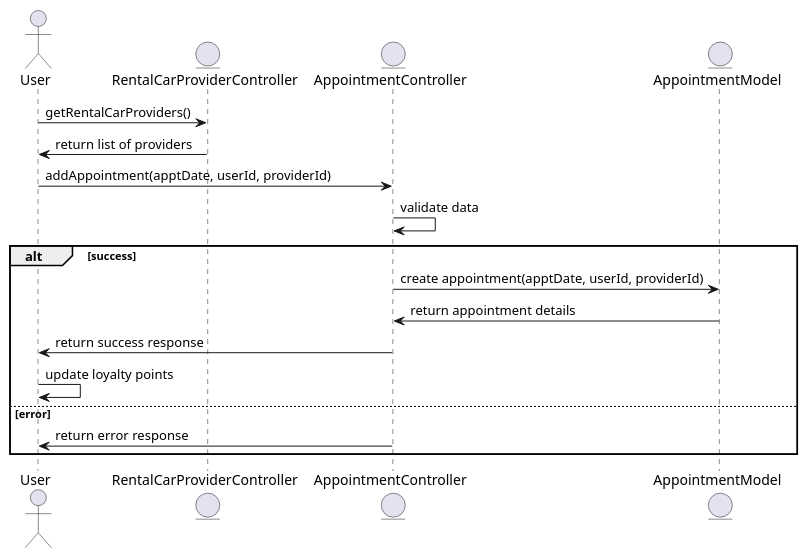
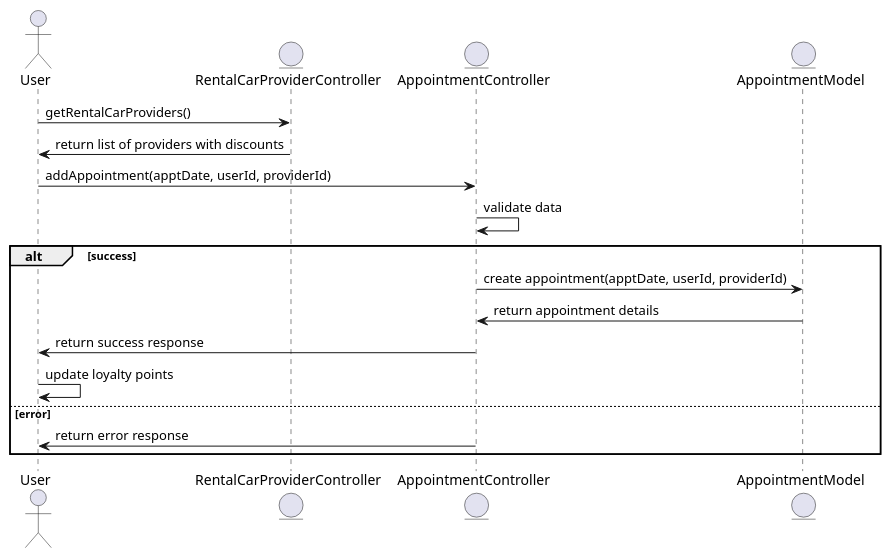
The diagram in Squence Diagram.puml (Bee0Theepob/SW-DEV-Project), drawn with PlantUML before and after one commit. The commit also changed 4 other files, not shown here.

```diff
--- a/Squence Diagram.puml
+++ b/Squence Diagram.puml
@@ -1,20 +1,20 @@
 @startuml
 actor User
 entity "UserModel" as User
 entity "RentalCarProviderController" as ProviderController
 entity "AppointmentController" as AppointmentController
 entity "AppointmentModel" as Appointment
 
 User -> ProviderController: getRentalCarProviders()
-ProviderController -> User: return list of providers
+ProviderController -> User: return list of providers with discounts
 User -> AppointmentController: addAppointment(apptDate, userId, providerId)
 AppointmentController -> AppointmentController: validate data
 alt success
     AppointmentController -> Appointment: create appointment(apptDate, userId, providerId)
     Appointment -> AppointmentController: return appointment details
     AppointmentController -> User: return success response
     User -> User : update loyalty points
 else error
     AppointmentController -> User: return error response
 end
 @enduml
```
